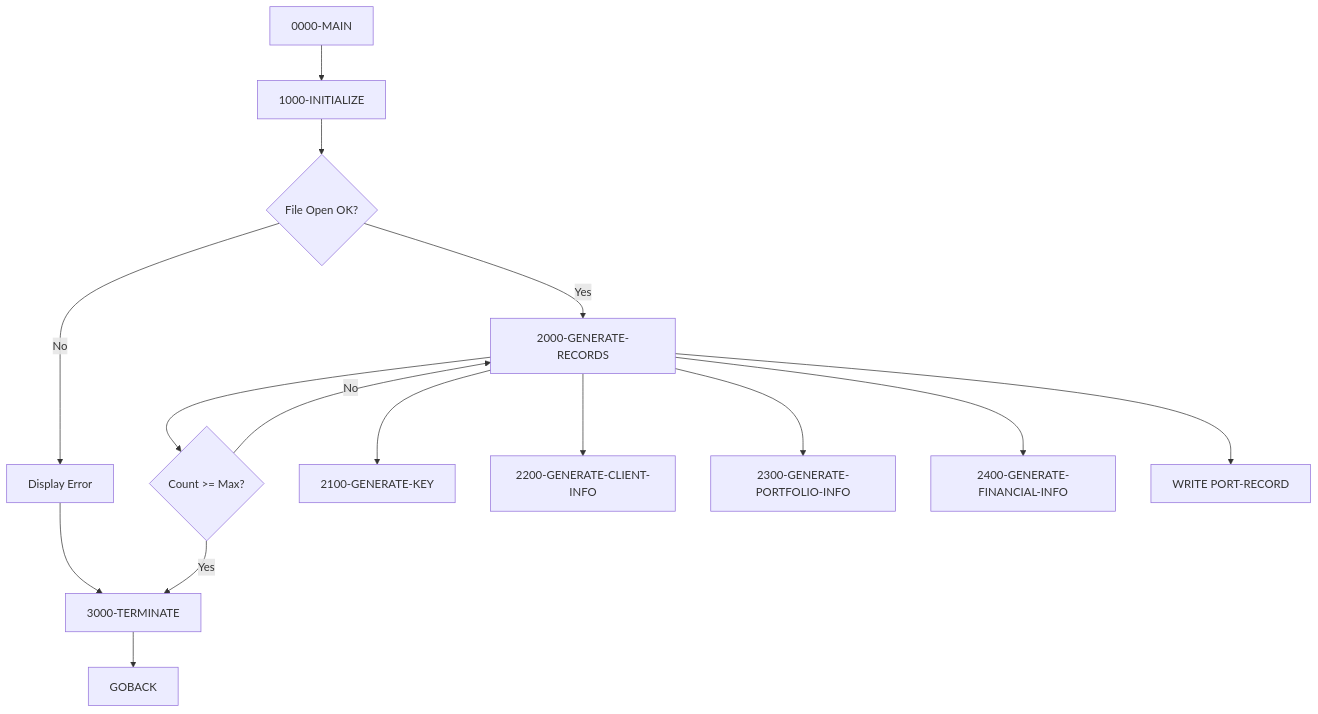
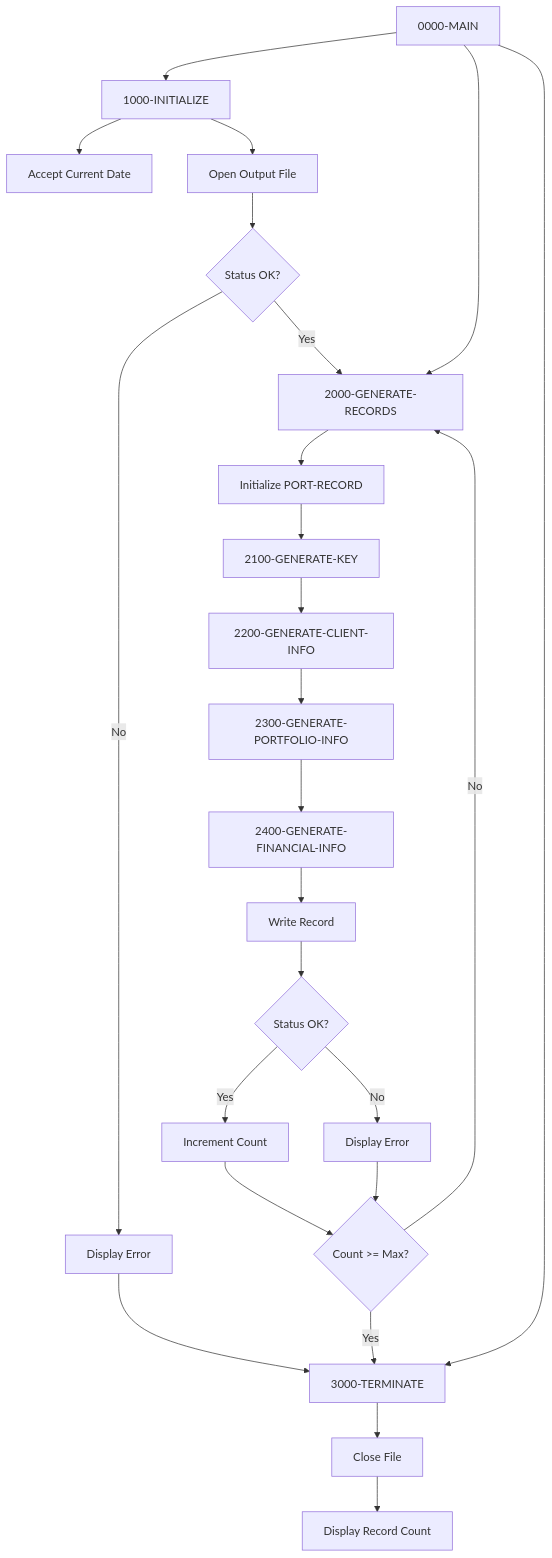
One commit to haladir-com/legacy-benchmark-docs-vb70e1 changed the diagram in docs/programs/PORTTEST.mdx. Above: the diagram before and after it, drawn with Mermaid. The commit also changed other lines of this file and 64 other files, not shown here.

````diff
--- a/docs/programs/PORTTEST.mdx
+++ b/docs/programs/PORTTEST.mdx
@@ -20,18 +16,30 @@
 ```mermaid
 graph TD
     A[0000-MAIN] --> B[1000-INITIALIZE]
-    B --> C{File Open OK?}
-    C -->|No| D[Display Error]
-    D --> E[3000-TERMINATE]
-    E --> F[GOBACK]
-    C -->|Yes| G[2000-GENERATE-RECORDS]
-    G --> H{Count >= Max?}
-    H -->|No| G
-    H -->|Yes| E
+    A --> C[2000-GENERATE-RECORDS]
+    A --> D[3000-TERMINATE]
     
-    G --> G1[2100-GENERATE-KEY]
-    G --> G2[2200-GENERATE-CLIENT-INFO]
-    G --> G3[2300-GENERATE-PORTFOLIO-INFO]
-    G --> G4[2400-GENERATE-FINANCIAL-INFO]
-    G --> G5[WRITE PORT-RECORD]
+    B --> B1[Accept Current Date]
+    B --> B2[Open Output File]
+    B2 --> B3{Status OK?}
+    B3 -->|No| B4[Display Error]
+    B4 --> D
+    B3 -->|Yes| C
+    
+    C --> C1[Initialize PORT-RECORD]
+    C1 --> C2[2100-GENERATE-KEY]
+    C2 --> C3[2200-GENERATE-CLIENT-INFO]
+    C3 --> C4[2300-GENERATE-PORTFOLIO-INFO]
+    C4 --> C5[2400-GENERATE-FINANCIAL-INFO]
+    C5 --> C6[Write Record]
+    C6 --> C7{Status OK?}
+    C7 -->|Yes| C8[Increment Count]
+    C7 -->|No| C9[Display Error]
+    C8 --> C10{Count >= Max?}
+    C9 --> C10
+    C10 -->|No| C
+    C10 -->|Yes| D
+    
+    D --> D1[Close File]
+    D1 --> D2[Display Record Count]
 ```
````
